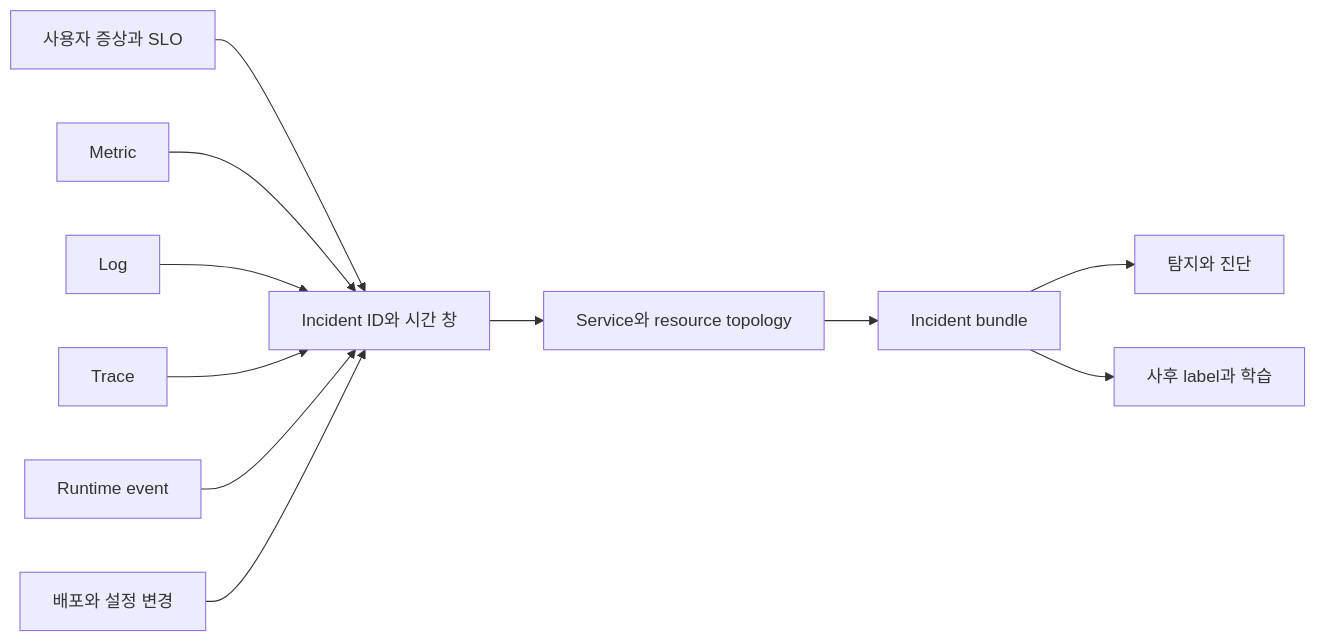
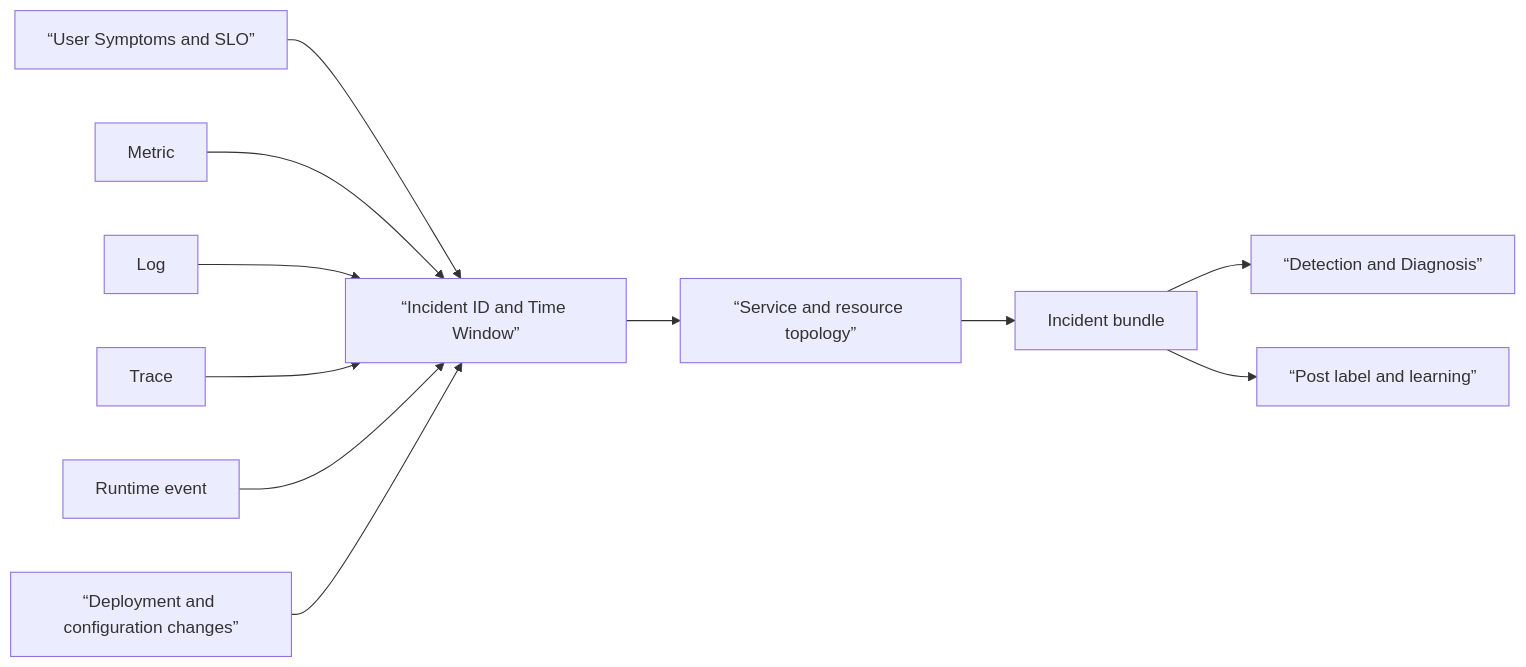
The diagram in docs-site/content/aiops-foundations/00-roadmap.md (nohdol97/nohdol-study), drawn with Mermaid before and after one commit. The commit also changed other lines of this file and 116 other files, not shown here.

````diff
--- a/docs-site/content/aiops-foundations/00-roadmap.md
+++ b/docs-site/content/aiops-foundations/00-roadmap.md
@@ -21,13 +21,13 @@
 ```mermaid
 flowchart LR
-  U["사용자 증상과 SLO"] --> I["Incident ID와 시간 창"]
+  U[“User Symptoms and SLO”] --> I[“Incident ID and Time Window”]
   M["Metric"] --> I
   L["Log"] --> I
   T["Trace"] --> I
   E["Runtime event"] --> I
-  C["배포와 설정 변경"] --> I
-  I --> G["Service와 resource topology"]
+  C[“Deployment and configuration changes”] --> I
+  I --> G[“Service and resource topology”]
   G --> B["Incident bundle"]
-  B --> D["탐지와 진단"]
-  B --> R["사후 label과 학습"]
+  B --> D[“Detection and Diagnosis”]
+  B --> R[“Post label and learning”]
 ```
````
